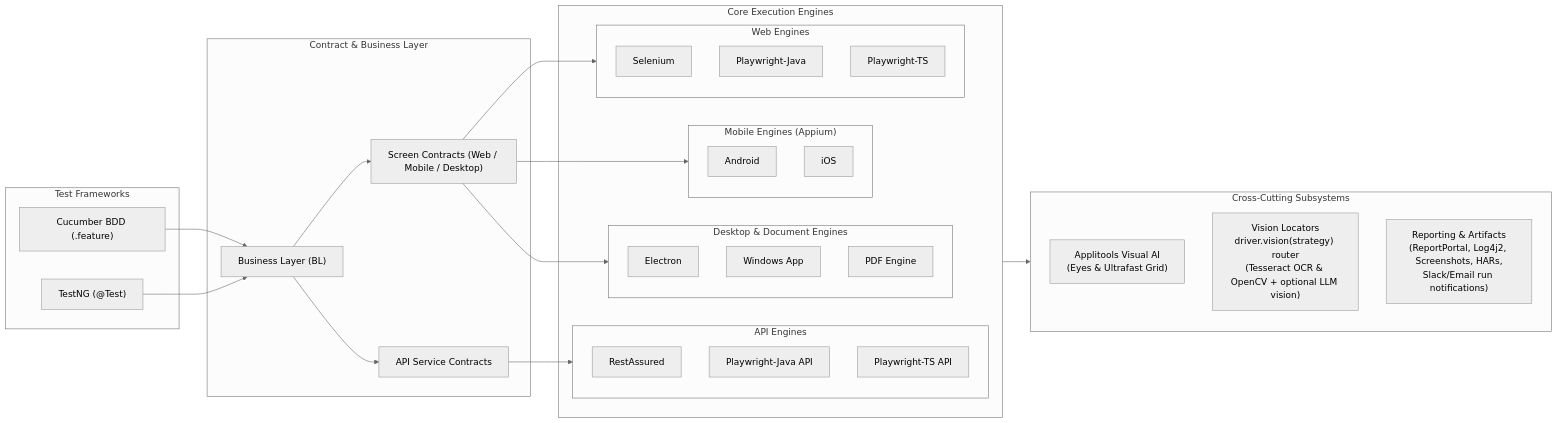
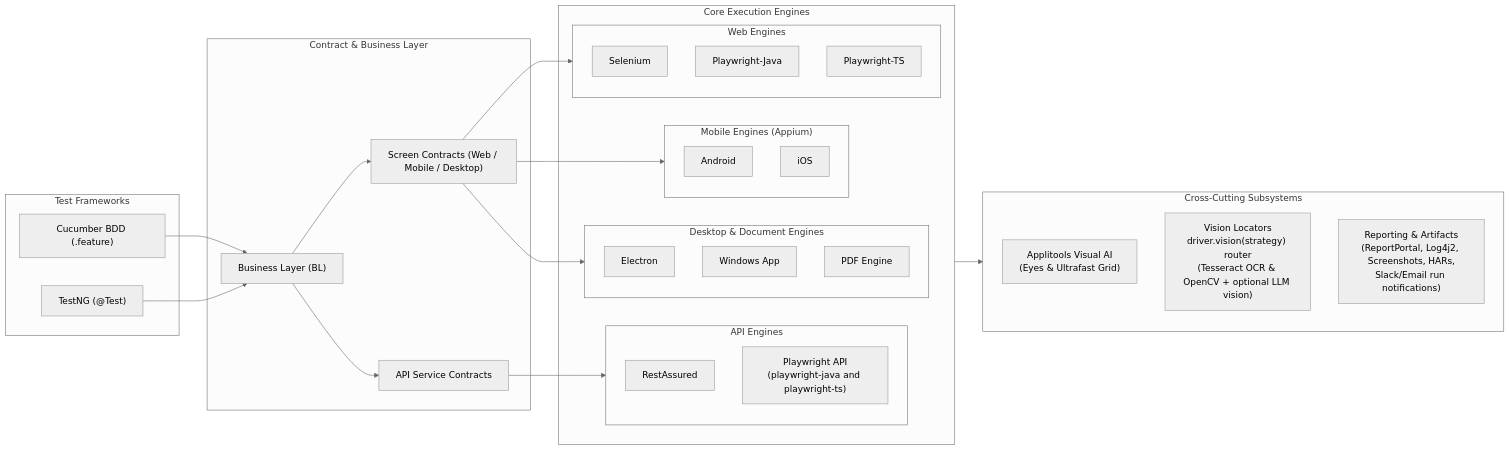
Before and after one commit to anandbagmar/teswiz: the second of 2 diagrams in README.md, drawn with Mermaid (neutral theme). The commit also changed other lines of this file and 7 other files, not shown here.

First line of the commit message:
Cover playwright-ts in API contract test; fix API engine docs

````diff
--- a/README.md
+++ b/README.md
@@ -193,53 +193,52 @@
 ```mermaid
 flowchart LR
     subgraph Frameworks["Test Frameworks"]
         CUC["Cucumber BDD (.feature)"]
         TNG["TestNG (@Test)"]
     end
 
     subgraph Layer["Contract & Business Layer"]
         BL["Business Layer (BL)"]
         SC["Screen Contracts (Web / Mobile / Desktop)"]
         API_SVC["API Service Contracts"]
     end
 
     subgraph CoreEngines["Core Execution Engines"]
         subgraph WebEngines["Web Engines"]
             SEL["Selenium"]
             PWJ_W["Playwright-Java"]
             PWTS_W["Playwright-TS"]
         end
         subgraph MobileEngines["Mobile Engines (Appium)"]
             APP_AND["Android"]
             APP_IOS["iOS"]
         end
         subgraph ApiEngines["API Engines"]
             RA["RestAssured"]
-            PWJ_A["Playwright-Java API"]
-            PWTS_A["Playwright-TS API"]
+            PWJ_A["Playwright API<br/>(playwright-java and playwright-ts)"]
         end
         subgraph DesktopEngines["Desktop & Document Engines"]
             ELE["Electron"]
             WIN["Windows App"]
             PDF["PDF Engine"]
         end
     end
 
     subgraph Subsystems["Cross-Cutting Subsystems"]
         VIS["Applitools Visual AI<br/>(Eyes & Ultrafast Grid)"]
         OCR["Vision Locators<br/>driver.vision(strategy) router<br/>(Tesseract OCR & OpenCV + optional LLM vision)"]
         REP["Reporting & Artifacts<br/>(ReportPortal, Log4j2, Screenshots, HARs,<br/>Slack/Email run notifications)"]
     end
 
     CUC --> BL
     TNG --> BL
     BL --> SC
     BL --> API_SVC
 
     SC --> WebEngines
     SC --> MobileEngines
     SC --> DesktopEngines
     API_SVC --> ApiEngines
 
     CoreEngines --> Subsystems
 ```
````
